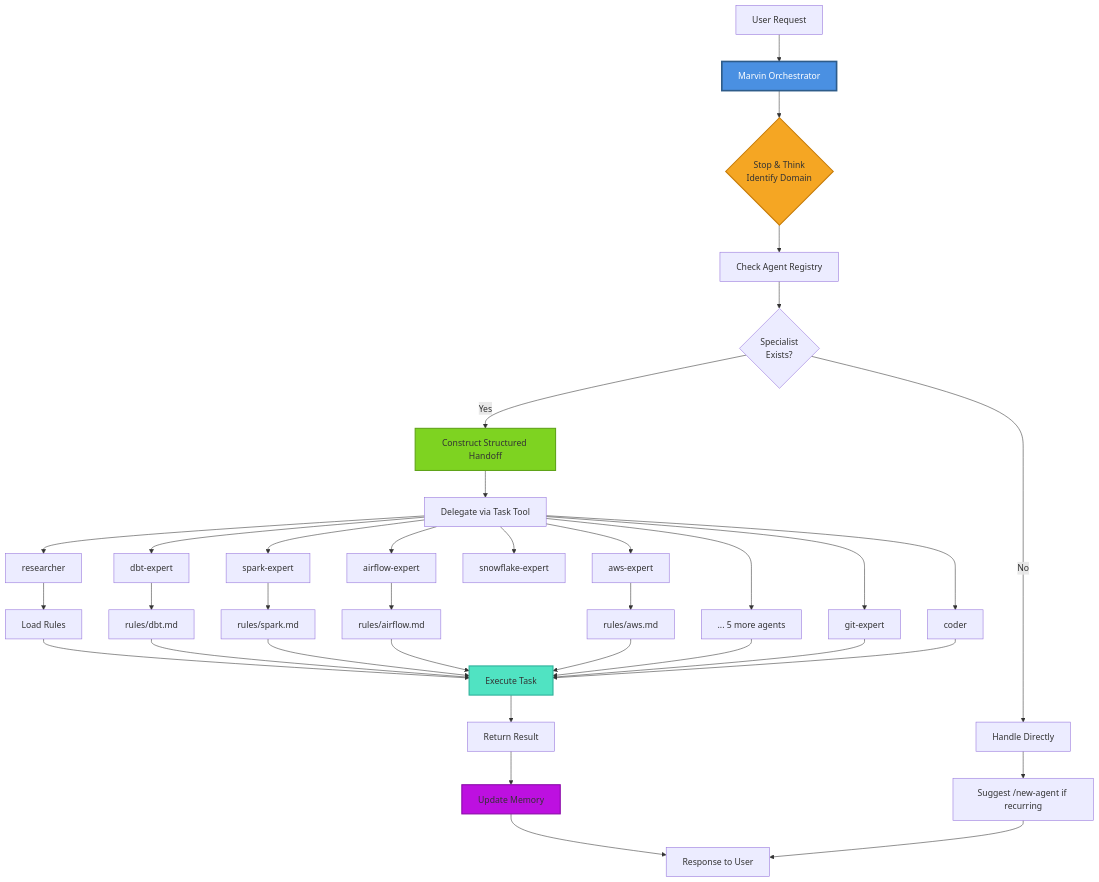
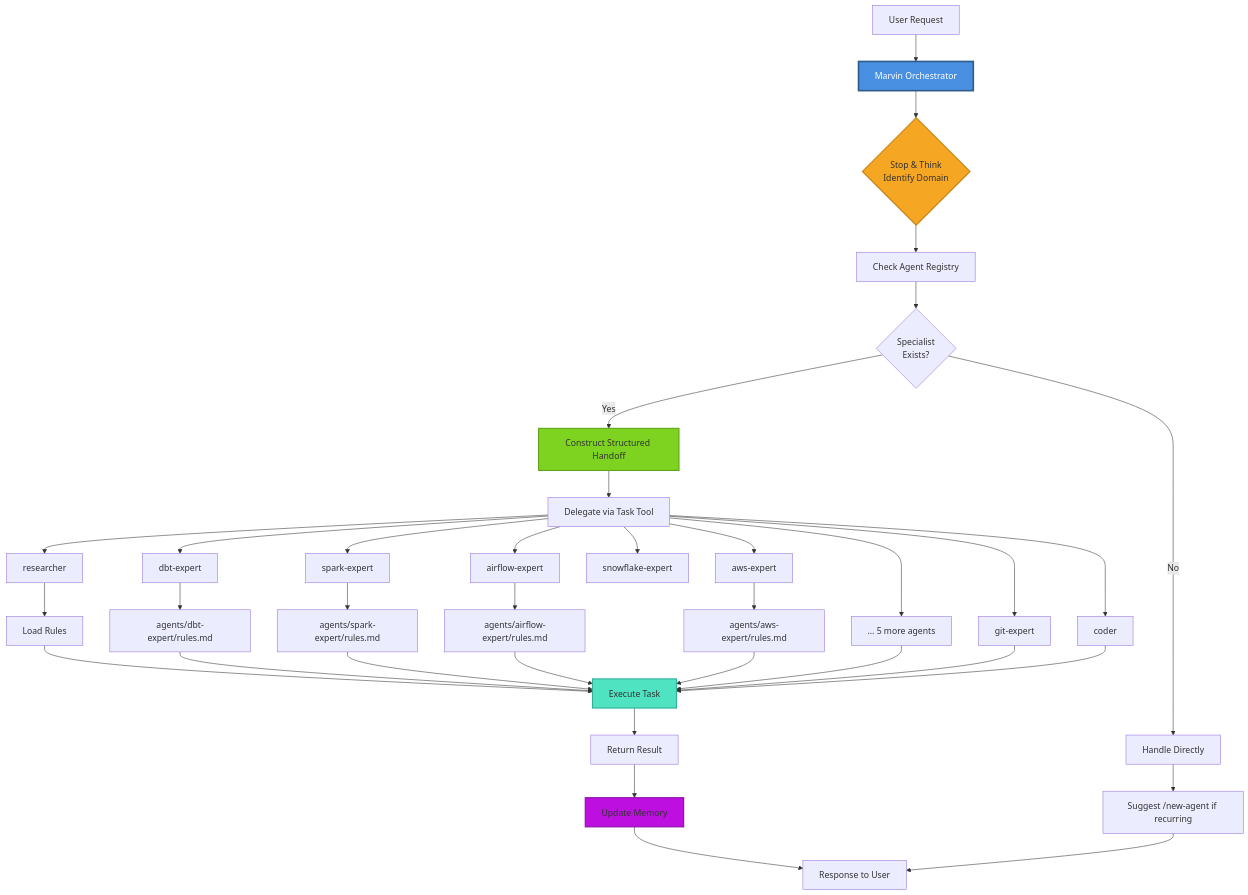
One commit to brunoldqueiroz/marvin changed the diagram in README.md. Above: the diagram before and after it, drawn with Mermaid. The commit also changed other lines of this file and 18 other files, not shown here.

First line of the commit message:
refactor(architecture): colocate domain rules with specialist agents

````diff
--- a/README.md
+++ b/README.md
@@ -20,49 +20,49 @@
 ```mermaid
 graph TB
     User[User Request] --> Marvin[Marvin Orchestrator]
     Marvin --> Think{Stop & Think<br/>Identify Domain}
     Think --> Registry[Check Agent Registry]
     Registry --> Match{Specialist<br/>Exists?}
 
     Match -->|Yes| Handoff[Construct Structured Handoff]
     Handoff --> Delegate[Delegate via Task Tool]
 
     Match -->|No| Direct[Handle Directly]
     Direct --> Suggest[Suggest /new-agent if recurring]
 
     Delegate --> Researcher[researcher]
     Delegate --> Coder[coder]
     Delegate --> DBT[dbt-expert]
     Delegate --> Spark[spark-expert]
     Delegate --> Airflow[airflow-expert]
     Delegate --> Snowflake[snowflake-expert]
     Delegate --> AWS[aws-expert]
     Delegate --> Git[git-expert]
     Delegate --> Other[... 5 more agents]
 
     Researcher --> Rules1[Load Rules]
-    DBT --> Rules2[rules/dbt.md]
-    Spark --> Rules3[rules/spark.md]
-    Airflow --> Rules4[rules/airflow.md]
-    AWS --> Rules5[rules/aws.md]
+    DBT --> Rules2[agents/dbt-expert/rules.md]
+    Spark --> Rules3[agents/spark-expert/rules.md]
+    Airflow --> Rules4[agents/airflow-expert/rules.md]
+    AWS --> Rules5[agents/aws-expert/rules.md]
 
     Rules1 --> Execute[Execute Task]
     Rules2 --> Execute
     Rules3 --> Execute
     Rules4 --> Execute
     Rules5 --> Execute
     Other --> Execute
     Git --> Execute
     Coder --> Execute
 
     Execute --> Result[Return Result]
     Result --> Memory[Update Memory]
     Memory --> UserResponse[Response to User]
     Suggest --> UserResponse
 
     style Marvin fill:#4A90E2,stroke:#2E5C8A,stroke-width:3px,color:#fff
     style Think fill:#F5A623,stroke:#C77D0A,stroke-width:2px
     style Handoff fill:#7ED321,stroke:#5FA319,stroke-width:2px
     style Execute fill:#50E3C2,stroke:#2EB09A,stroke-width:2px
     style Memory fill:#BD10E0,stroke:#8B0AA8,stroke-width:2px
 ```
````
